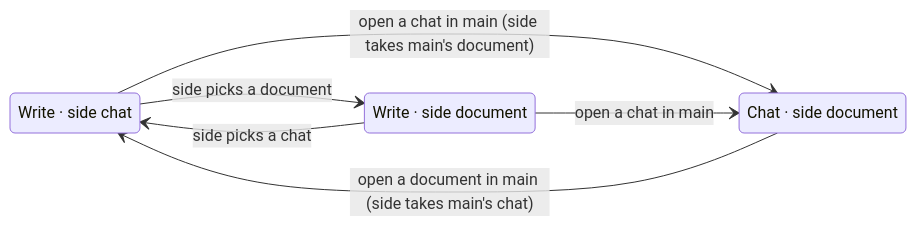
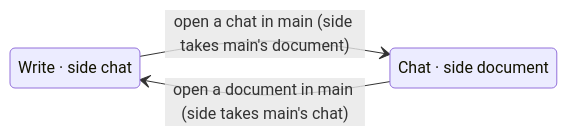
Before and after one commit to haowjy/meridian-flow: the second of 2 diagrams in apps/app/src/features/project/.context/pane-state-machine.md, drawn with Mermaid. The commit also changed other lines of this file and 1 other file, not shown here.

Commit message:
Pane state machine: the side always holds the other kind; two states

````diff
--- a/apps/app/src/features/project/.context/pane-state-machine.md
+++ b/apps/app/src/features/project/.context/pane-state-machine.md
@@ -82,12 +80,8 @@
 ```mermaid
 stateDiagram-v2
   direction LR
-  state "Write · side chat" as WC
-  state "Write · side document" as WD
-  state "Chat · side document" as CD
-  WC --> CD: open a chat in main (side takes main's document)
-  CD --> WC: open a document in main (side takes main's chat)
-  WD --> CD: open a chat in main
-  WC --> WD: side picks a document
-  WD --> WC: side picks a chat
+  state "Write · side chat" as W
+  state "Chat · side document" as C
+  W --> C: open a chat in main (side takes main's document)
+  C --> W: open a document in main (side takes main's chat)
 ```
````
